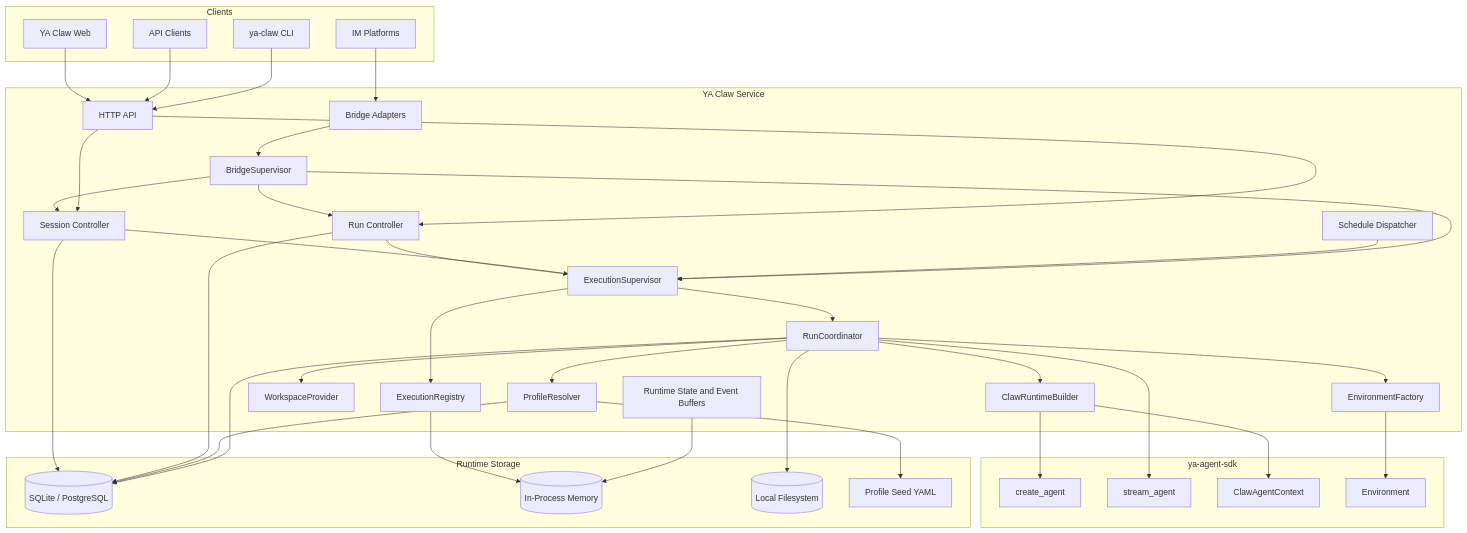
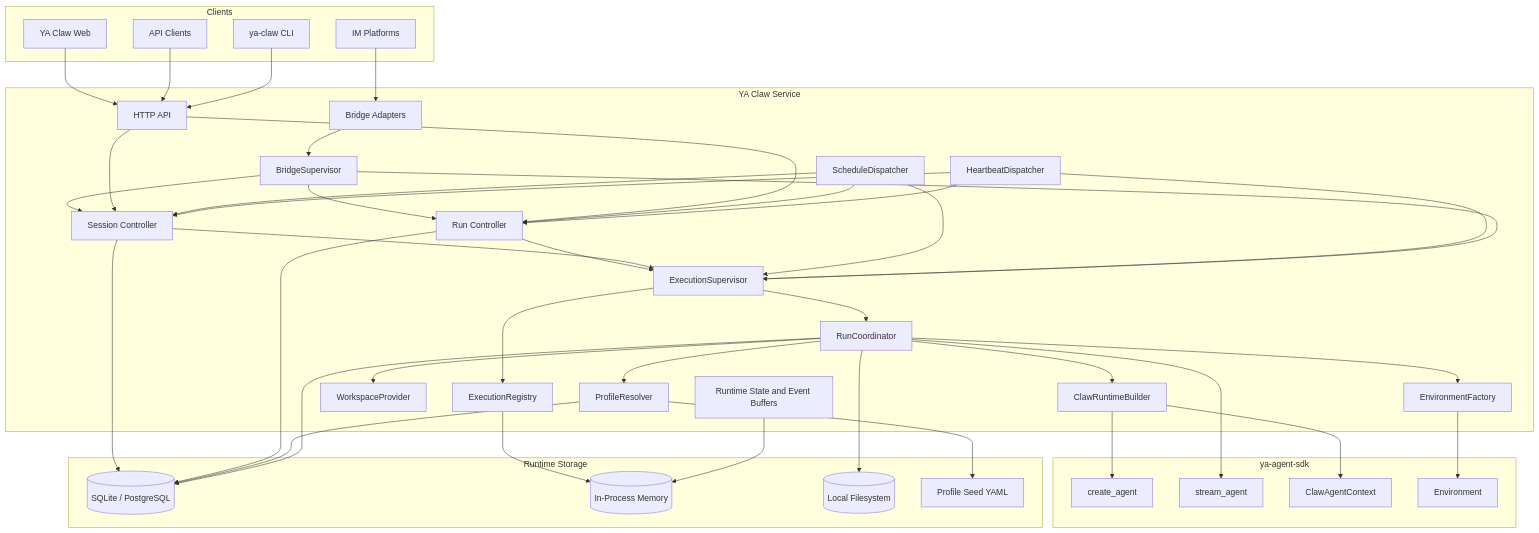
The diagram in packages/ya-claw/spec/00-overview.md (Wh1isper/ya-mono), drawn with Mermaid before and after one commit. The commit also changed other lines of this file and 31 other files, not shown here.

````diff
--- a/packages/ya-claw/spec/00-overview.md
+++ b/packages/ya-claw/spec/00-overview.md
@@ -44,75 +42,81 @@
 ```mermaid
 flowchart TB
     subgraph Clients
         WEB[YA Claw Web]
         API_CLIENT[API Clients]
         CLI[ya-claw CLI]
         IM[IM Platforms]
     end
 
     subgraph Runtime[YA Claw Service]
         API[HTTP API]
         SESS[Session Controller]
         RUNS[Run Controller]
         SUP[ExecutionSupervisor]
         REG[ExecutionRegistry]
         BUF[Runtime State and Event Buffers]
         PROF[ProfileResolver]
         PROJ[WorkspaceProvider]
         ENVF[EnvironmentFactory]
         BUILD[ClawRuntimeBuilder]
         COORD[RunCoordinator]
-        SCHED[Schedule Dispatcher]
+        SCHED[ScheduleDispatcher]
+        HEART[HeartbeatDispatcher]
         BRIDGE[BridgeSupervisor]
         BADAPT[Bridge Adapters]
     end
 
     subgraph SDK[ya-agent-sdk]
         AGENT[create_agent]
         STREAM[stream_agent]
         CTX[ClawAgentContext]
         ENV[Environment]
     end
 
     subgraph Storage[Runtime Storage]
         SQL[(SQLite / PostgreSQL)]
         MEM[(In-Process Memory)]
         FS[(Local Filesystem)]
         YAML[Profile Seed YAML]
     end
 
     WEB --> API
     API_CLIENT --> API
     CLI --> API
     IM --> BADAPT
     BADAPT --> BRIDGE
     BRIDGE --> SESS
     BRIDGE --> RUNS
 
     API --> SESS
     API --> RUNS
     SESS --> SQL
     RUNS --> SQL
     RUNS --> SUP
     SESS --> SUP
+    SCHED --> SESS
+    SCHED --> RUNS
     SCHED --> SUP
+    HEART --> SESS
+    HEART --> RUNS
+    HEART --> SUP
     BRIDGE --> SUP
 
     SUP --> REG
     SUP --> COORD
     COORD --> PROF
     PROF --> SQL
     PROF --> YAML
     COORD --> PROJ
     COORD --> ENVF
     COORD --> BUILD
     BUILD --> CTX
     BUILD --> AGENT
     COORD --> STREAM
     ENVF --> ENV
 
     COORD --> SQL
     COORD --> FS
     REG --> MEM
     BUF --> MEM
 ```
````
